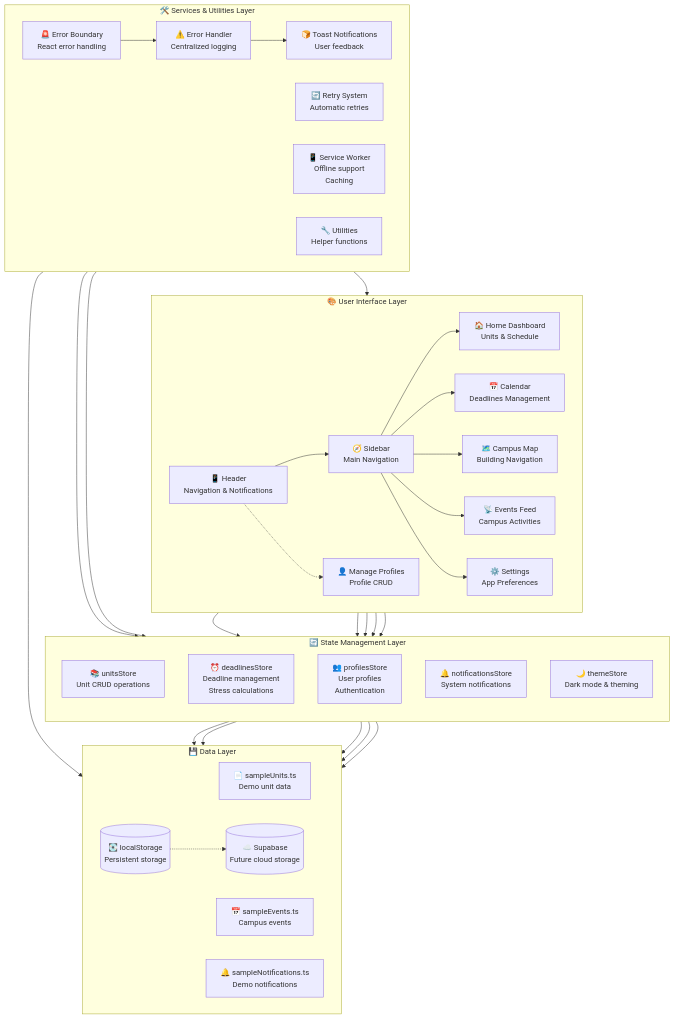
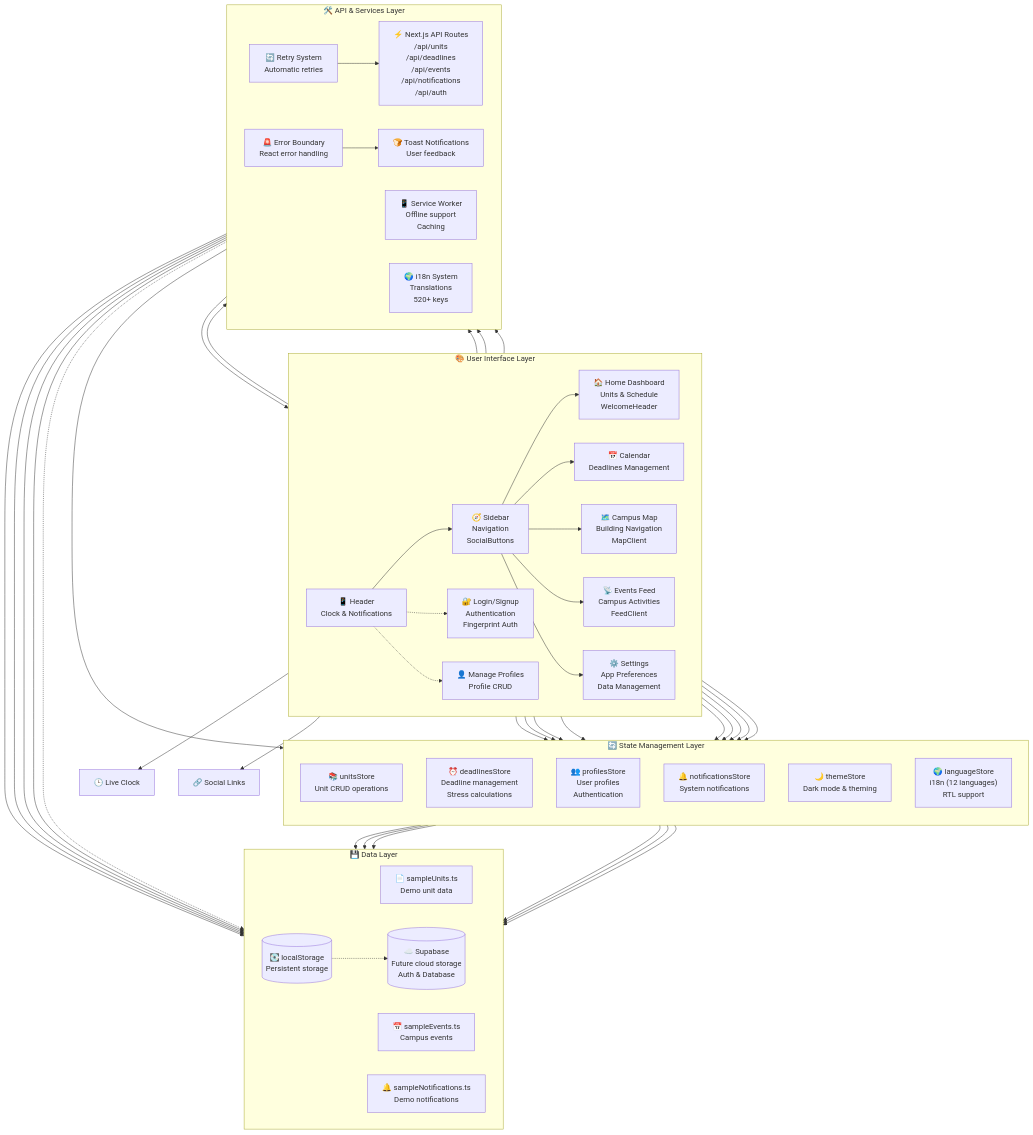
The diagram in README.md (Raoof128/Syllabus-Sync), drawn with Mermaid before and after one commit. The commit also changed other lines of this file, not shown here.

Commit message:
docs: update README for version 0.5.45; enhance internationalization details and improve architecture overview

```diff
--- a/README.md
+++ b/README.md
@@ -30,14 +31,15 @@
   %% User Interface Layer
   subgraph "🎨 User Interface Layer"
     direction LR
-    Home["🏠 Home Dashboard<br/>Units & Schedule"]
+    Home["🏠 Home Dashboard<br/>Units & Schedule<br/>WelcomeHeader"]
     Calendar["📅 Calendar<br/>Deadlines Management"]
-    Map["🗺️ Campus Map<br/>Building Navigation"]
-    Feed["📡 Events Feed<br/>Campus Activities"]
+    Map["🗺️ Campus Map<br/>Building Navigation<br/>MapClient"]
+    Feed["📡 Events Feed<br/>Campus Activities<br/>FeedClient"]
     ManageProfiles["👤 Manage Profiles<br/>Profile CRUD"]
-    Settings["⚙️ Settings<br/>App Preferences"]
-    Header["📱 Header<br/>Navigation & Notifications"]
-    Sidebar["🧭 Sidebar<br/>Main Navigation"]
+    Settings["⚙️ Settings<br/>App Preferences<br/>Data Management"]
+    Login["🔐 Login/Signup<br/>Authentication<br/>Fingerprint Auth"]
+    Header["📱 Header<br/>Clock & Notifications"]
+    Sidebar["🧭 Sidebar<br/>Navigation<br/>SocialButtons"]
   end
 
   %% State Management Layer
@@ -48,17 +50,18 @@
     ProfilesStore["👥 profilesStore<br/>User profiles<br/>Authentication"]
     NotificationsStore["🔔 notificationsStore<br/>System notifications"]
     ThemeStore["🌙 themeStore<br/>Dark mode & theming"]
+    LanguageStore["🌍 languageStore<br/>i18n (12 languages)<br/>RTL support"]
   end
 
-  %% Services & Utilities Layer
-  subgraph "🛠️ Services & Utilities Layer"
+  %% API & Services Layer
+  subgraph "🛠️ API & Services Layer"
     direction LR
+    API["⚡ Next.js API Routes<br/>/api/units<br/>/api/deadlines<br/>/api/events<br/>/api/notifications<br/>/api/auth"]
     ErrorBoundary["🚨 Error Boundary<br/>React error handling"]
     ToastSystem["🍞 Toast Notifications<br/>User feedback"]
     RetrySystem["🔄 Retry System<br/>Automatic retries"]
     ServiceWorker["📱 Service Worker<br/>Offline support<br/>Caching"]
-    ErrorHandler["⚠️ Error Handler<br/>Centralized logging"]
-    Utils["🔧 Utilities<br/>Helper functions"]
+    i18n["🌍 i18n System<br/>Translations<br/>520+ keys"]
   end
 
   %% Data Layer
@@ -68,25 +71,32 @@
     SampleEvents["📅 sampleEvents.ts<br/>Campus events"]
     SampleNotifications["🔔 sampleNotifications.ts<br/>Demo notifications"]
     LocalStorage[("💽 localStorage<br/>Persistent storage")]
-    Supabase[("☁️ Supabase<br/>Future cloud storage")]
+    Supabase[("☁️ Supabase<br/>Future cloud storage<br/>Auth & Database")]
   end
 
   %% Navigation & Layout
+  Header --> Clock["🕒 Live Clock"]
   Header --> Sidebar
   Sidebar --> Home
   Sidebar --> Calendar
   Sidebar --> Map
   Sidebar --> Feed
   Sidebar --> Settings
+  Sidebar --> SocialButtons["🔗 Social Links"]
 
+  Header -.-> Login
   Header -.-> ManageProfiles
 
   %% UI to State connections
   Home --> UnitsStore
+  Home --> DeadlinesStore
   Calendar --> DeadlinesStore
+  Feed --> NotificationsStore
   ManageProfiles --> ProfilesStore
   Settings --> ThemeStore
+  Settings --> LanguageStore
   Header --> NotificationsStore
+  Login --> ProfilesStore
 
   %% State to Data connections
   UnitsStore --> LocalStorage
@@ -94,17 +104,29 @@
   ProfilesStore --> LocalStorage
   NotificationsStore --> LocalStorage
   ThemeStore --> LocalStorage
+  LanguageStore --> LocalStorage
+
+  %% API connections
+  Home --> API
+  Calendar --> API
+  Feed --> API
+  Login --> API
 
   %% Services connections
-  ErrorBoundary --> ErrorHandler
-  ErrorHandler --> ToastSystem
+  ErrorBoundary --> ToastSystem
   ToastSystem --> Header
-  RetrySystem --> UnitsStore
-  RetrySystem --> DeadlinesStore
+  RetrySystem --> API
   ServiceWorker --> LocalStorage
+  i18n --> LanguageStore
+
+  %% Data sources
+  API --> SampleUnits
+  API --> SampleEvents
+  API --> SampleNotifications
 
   %% Future connections
   LocalStorage -.-> Supabase
+  API -.-> Supabase
 
   %% Styling
   classDef uiLayer fill:#e1f5fe,stroke:#01579b,stroke-width:2px
```
